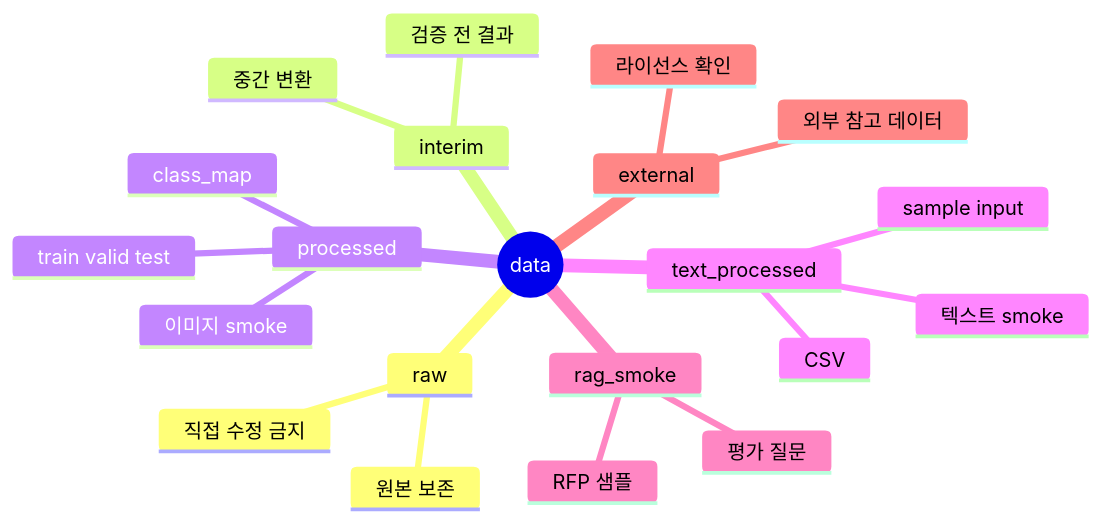
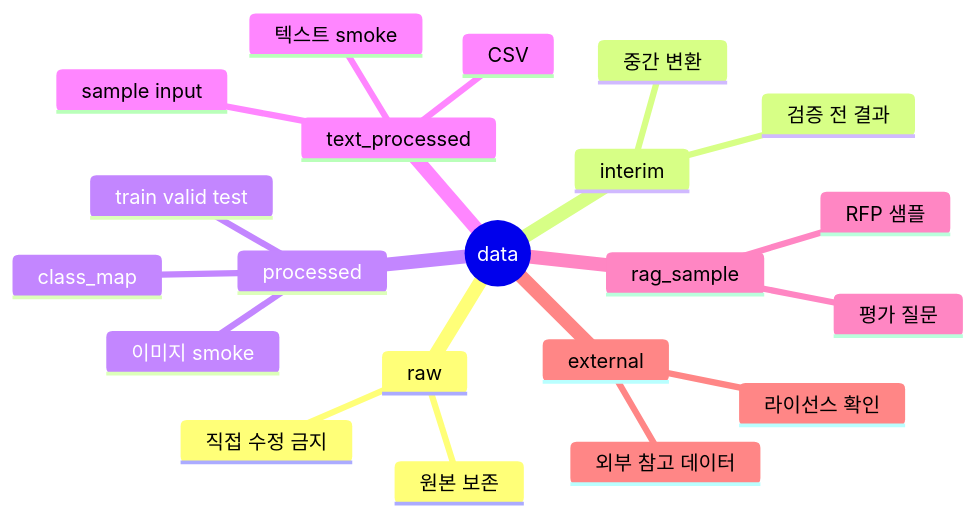
One commit to Codeit-Part3-6Team/Codeit-Part3-6Team-Project changed the diagram in data/README.md. Above: the diagram before and after it, drawn with Mermaid. The commit also changed other lines of this file and 39 other files, not shown here.

````diff
--- a/data/README.md
+++ b/data/README.md
@@ -7,24 +7,24 @@
 ```mermaid
 mindmap
   root((data))
     raw
       원본 보존
       직접 수정 금지
     interim
       중간 변환
       검증 전 결과
     processed
       이미지 smoke
       train valid test
       class_map
     text_processed
       텍스트 smoke
       CSV
       sample input
-    rag_smoke
+    rag_sample
       RFP 샘플
       평가 질문
     external
       외부 참고 데이터
       라이선스 확인
 ```
````
